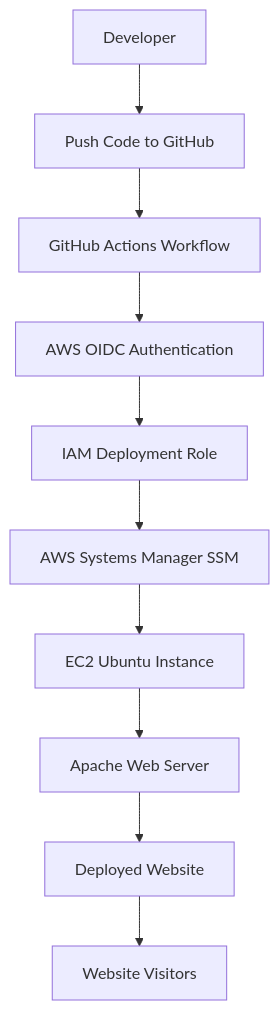
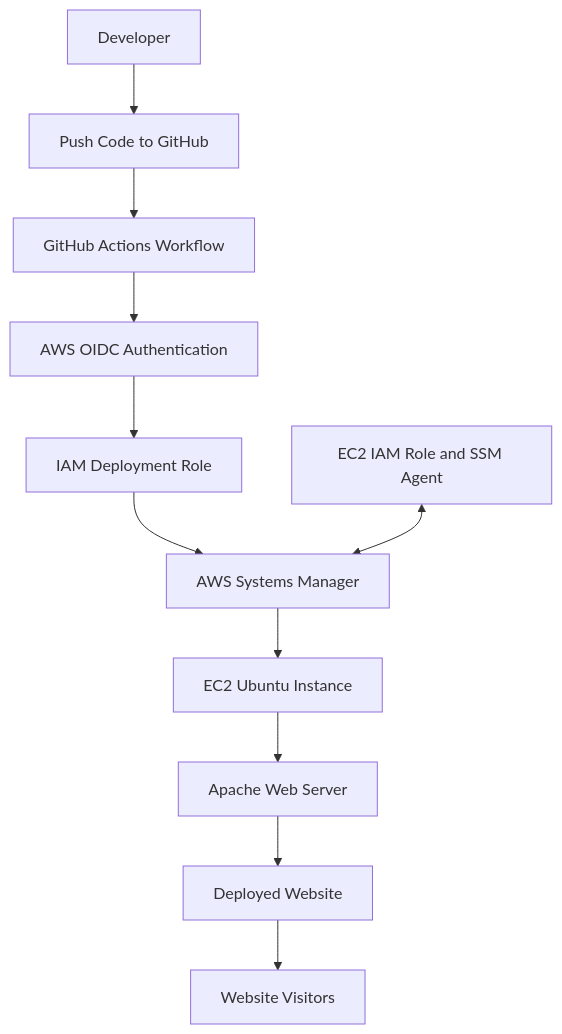
One commit to meeranimbargidevops-25/Automated-AWS-Deployment changed the second of 2 diagrams in README.md. Above: the diagram before and after it, drawn with Mermaid. The commit also changed other lines of this file, not shown here.

````diff
--- a/README.md
+++ b/README.md
@@ -41,12 +48,14 @@
 ```mermaid
 flowchart TD
     A[Developer] --> B[Push Code to GitHub]
     B --> C[GitHub Actions Workflow]
     C --> D[AWS OIDC Authentication]
     D --> E[IAM Deployment Role]
-    E --> F[AWS Systems Manager SSM]
+    E --> F[AWS Systems Manager]
     F --> G[EC2 Ubuntu Instance]
     G --> H[Apache Web Server]
     H --> I[Deployed Website]
     I --> J[Website Visitors]
+
+    K[EC2 IAM Role and SSM Agent] <--> F
 ```
````
